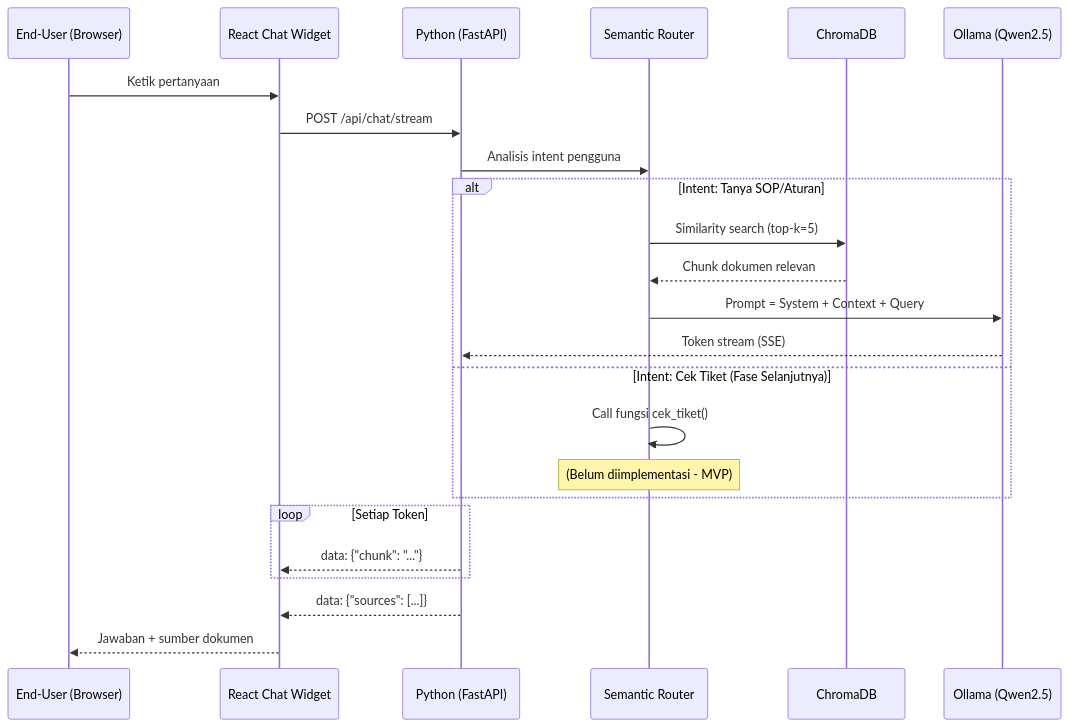
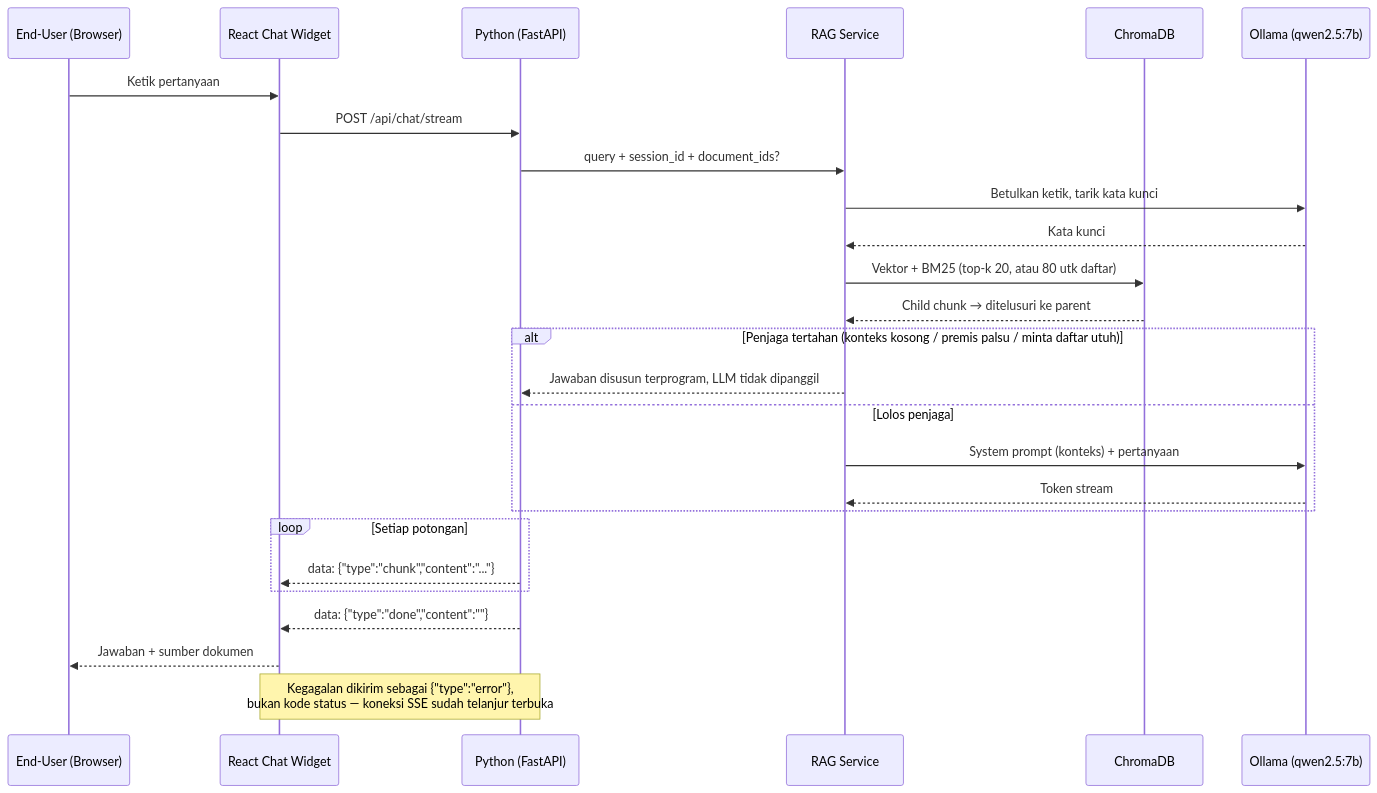
Before and after one commit to nftxvn/agentic-chatbot: the third of 5 diagrams in docs/02-arsitektur_sistem_agentic_copilot.md, drawn with Mermaid. The commit also changed other lines of this file and 6 other files, not shown here.

````diff
--- a/docs/02-arsitektur_sistem_agentic_copilot.md
+++ b/docs/02-arsitektur_sistem_agentic_copilot.md
@@ -127,30 +131,33 @@
 ```mermaid
 sequenceDiagram
     participant User as End-User (Browser)
     participant Widget as React Chat Widget
     participant FastAPI as Python (FastAPI)
-    participant Router as Semantic Router
+    participant RAG as RAG Service
     participant ChromaDB
-    participant Ollama as Ollama (Qwen2.5)
+    participant Ollama as Ollama (qwen2.5:7b)
 
     User->>Widget: Ketik pertanyaan
     Widget->>FastAPI: POST /api/chat/stream
+    FastAPI->>RAG: query + session_id + document_ids?
 
-    FastAPI->>Router: Analisis intent pengguna
+    RAG->>Ollama: Betulkan ketik, tarik kata kunci
+    Ollama-->>RAG: Kata kunci
+    RAG->>ChromaDB: Vektor + BM25 (top-k 20, atau 80 utk daftar)
+    ChromaDB-->>RAG: Child chunk → ditelusuri ke parent
 
-    alt Intent: Tanya SOP/Aturan
-        Router->>ChromaDB: Similarity search (top-k=5)
-        ChromaDB-->>Router: Chunk dokumen relevan
-        Router->>Ollama: Prompt = System + Context + Query
-        Ollama-->>FastAPI: Token stream (SSE)
-    else Intent: Cek Tiket (Fase Selanjutnya)
-        Router->>Router: Call fungsi cek_tiket()
-        Note over Router: (Belum diimplementasi - MVP)
+    alt Penjaga tertahan (konteks kosong / premis palsu / minta daftar utuh)
+        RAG-->>FastAPI: Jawaban disusun terprogram, LLM tidak dipanggil
+    else Lolos penjaga
+        RAG->>Ollama: System prompt (konteks) + pertanyaan
+        Ollama-->>RAG: Token stream
     end
 
-    loop Setiap Token
-        FastAPI-->>Widget: data: {"chunk": "..."}
+    loop Setiap potongan
+        FastAPI-->>Widget: data: {"type":"chunk","content":"..."}
     end
-    FastAPI-->>Widget: data: {"sources": [...]}
+    FastAPI-->>Widget: data: {"type":"done","content":""}
     Widget-->>User: Jawaban + sumber dokumen
+
+    Note over FastAPI,Widget: Kegagalan dikirim sebagai {"type":"error"},<br/>bukan kode status — koneksi SSE sudah telanjur terbuka
 ```
````
